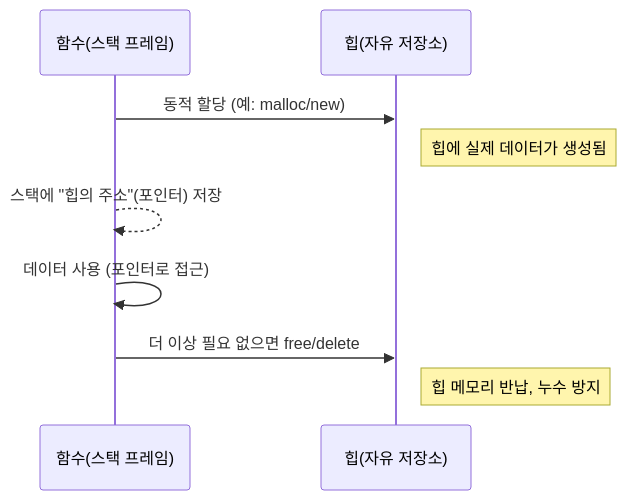
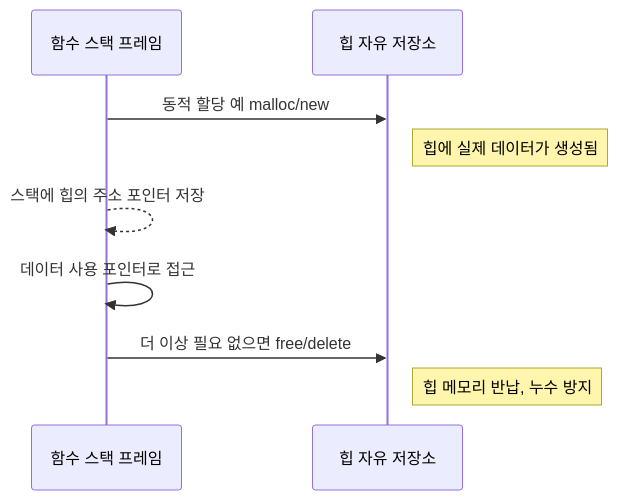
The second of 3 diagrams in _posts/2025-12-17-[ Data Structure ] Stack & Heap.md (SonMyeongJin/SonMyeongJin.github.io), drawn with Mermaid before and after one commit. The commit also changed other lines of this file, not shown here.

````diff
--- a/_posts/2025-12-17-[ Data Structure ] Stack & Heap.md
+++ b/_posts/2025-12-17-[ Data Structure ] Stack & Heap.md
@@ -47,12 +48,12 @@
 ```mermaid
 sequenceDiagram
-    participant Func as 함수(스택 프레임)
-    participant Heap as 힙(자유 저장소)
+    participant Func as 함수 스택 프레임
+    participant Heap as 힙 자유 저장소
 
-    Func->>Heap: 동적 할당 (예: malloc/new)
+    Func->>Heap: 동적 할당 예 malloc/new
     Note right of Heap: 힙에 실제 데이터가 생성됨
-    Func-->>Func: 스택에 "힙의 주소"(포인터) 저장
-    Func->>Func: 데이터 사용 (포인터로 접근)
+    Func-->>Func: 스택에 힙의 주소 포인터 저장
+    Func->>Func: 데이터 사용 포인터로 접근
     Func->>Heap: 더 이상 필요 없으면 free/delete
     Note right of Heap: 힙 메모리 반납, 누수 방지
 ```
````
